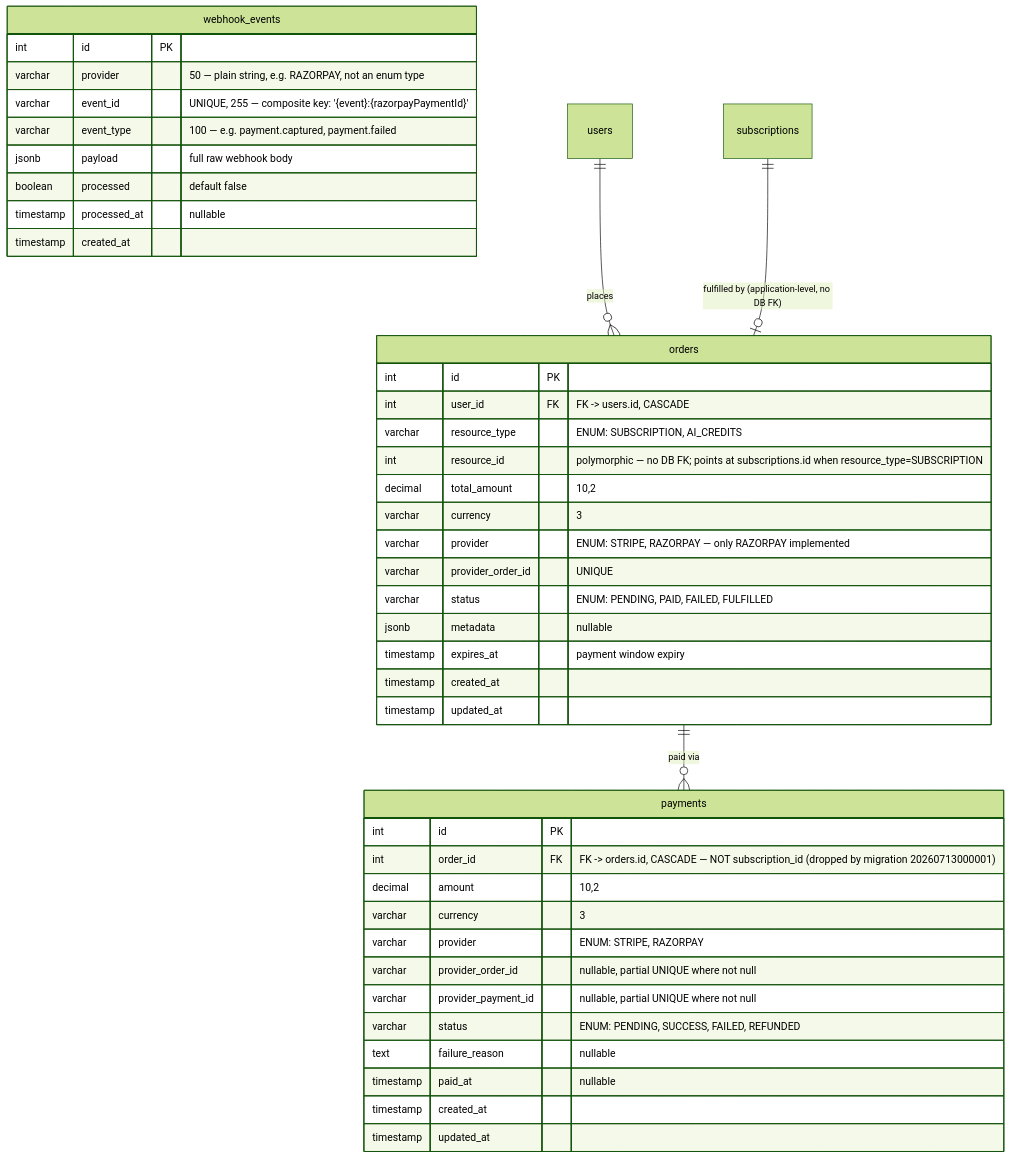
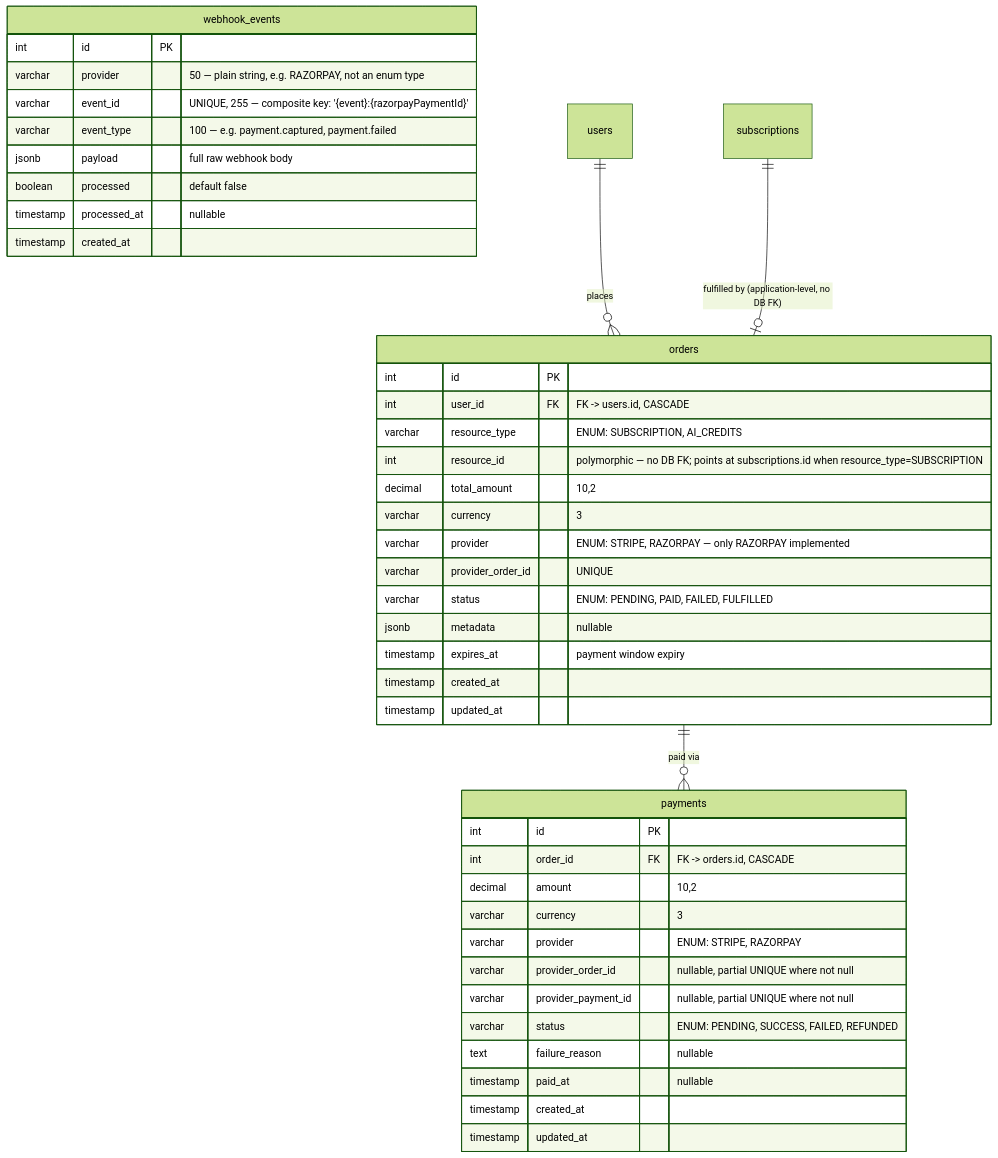
The sixth of 7 diagrams in docs/erd.md (sharma-dikshant/TestFlow-Docs), drawn with Mermaid (forest theme) before and after one commit. The commit also changed other lines of this file, not shown here.

Commit message:
docs: update erd

````diff
--- a/docs/erd.md
+++ b/docs/erd.md
@@ -289,49 +385,49 @@
 ```mermaid
 erDiagram
 
     orders {
         int id PK
         int user_id FK "FK -> users.id, CASCADE"
         varchar resource_type "ENUM: SUBSCRIPTION, AI_CREDITS"
         int resource_id "polymorphic — no DB FK; points at subscriptions.id when resource_type=SUBSCRIPTION"
         decimal total_amount "10,2"
         varchar currency "3"
         varchar provider "ENUM: STRIPE, RAZORPAY — only RAZORPAY implemented"
         varchar provider_order_id "UNIQUE"
         varchar status "ENUM: PENDING, PAID, FAILED, FULFILLED"
         jsonb metadata "nullable"
         timestamp expires_at "payment window expiry"
         timestamp created_at
         timestamp updated_at
     }
 
     payments {
         int id PK
-        int order_id FK "FK -> orders.id, CASCADE — NOT subscription_id (dropped by migration 20260713000001)"
+        int order_id FK "FK -> orders.id, CASCADE"
         decimal amount "10,2"
         varchar currency "3"
         varchar provider "ENUM: STRIPE, RAZORPAY"
         varchar provider_order_id "nullable, partial UNIQUE where not null"
         varchar provider_payment_id "nullable, partial UNIQUE where not null"
         varchar status "ENUM: PENDING, SUCCESS, FAILED, REFUNDED"
         text failure_reason "nullable"
         timestamp paid_at "nullable"
         timestamp created_at
         timestamp updated_at
     }
 
     webhook_events {
         int id PK
         varchar provider "50 — plain string, e.g. RAZORPAY, not an enum type"
         varchar event_id "UNIQUE, 255 — composite key: '{event}:{razorpayPaymentId}'"
         varchar event_type "100 — e.g. payment.captured, payment.failed"
         jsonb payload "full raw webhook body"
         boolean processed "default false"
         timestamp processed_at "nullable"
         timestamp created_at
     }
 
     users ||--o{ orders : places
     orders ||--o{ payments : "paid via"
     subscriptions ||--o| orders : "fulfilled by (application-level, no DB FK)"
 ```
````
